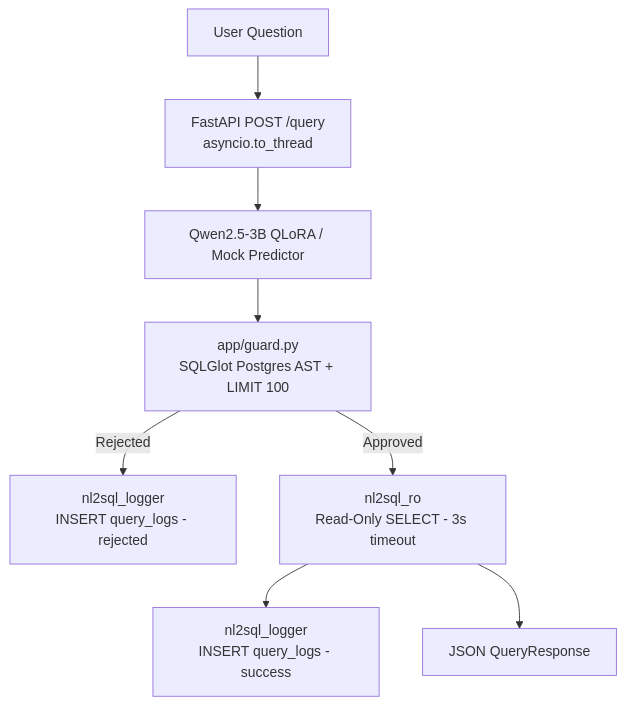
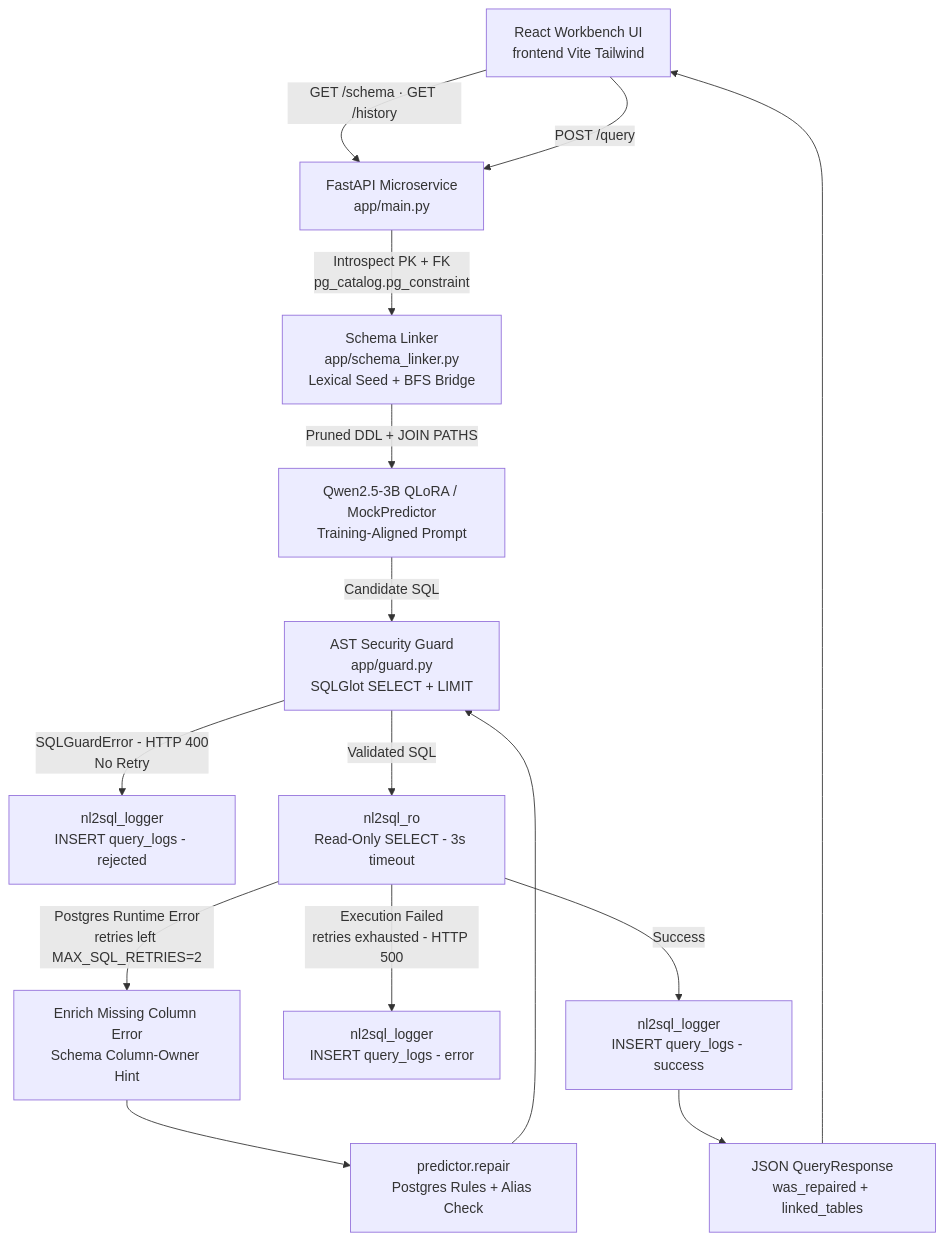
The diagram in README.md (yassinelaabidi0/nl2sql-qlora-api), drawn with Mermaid before and after one commit. The commit also changed other lines of this file, not shown here.

Commit message:
docs: update README with workbench architecture, schema linking, and self-correction

````diff
--- a/README.md
+++ b/README.md
@@ -7,10 +7,17 @@
 ```mermaid
 flowchart TD
-    Q["User Question"] --> API["FastAPI POST /query<br/>asyncio.to_thread"]
-    API --> LLM["Qwen2.5-3B QLoRA / Mock Predictor"]
-    LLM --> Guard["app/guard.py<br/>SQLGlot Postgres AST + LIMIT 100"]
-    Guard -- Rejected --> Audit["nl2sql_logger<br/>INSERT query_logs - rejected"]
-    Guard -- Approved --> RO["nl2sql_ro<br/>Read-Only SELECT - 3s timeout"]
-    RO --> AuditOK["nl2sql_logger<br/>INSERT query_logs - success"]
-    RO --> Resp["JSON QueryResponse"]
+    UI["React Workbench UI<br/>frontend Vite Tailwind"] -->|"GET /schema · GET /history"| API["FastAPI Microservice<br/>app/main.py"]
+    UI -->|"POST /query"| API
+    API -->|"Introspect PK + FK<br/>pg_catalog.pg_constraint"| Linker["Schema Linker<br/>app/schema_linker.py<br/>Lexical Seed + BFS Bridge"]
+    Linker -->|"Pruned DDL + JOIN PATHS"| LLM["Qwen2.5-3B QLoRA / MockPredictor<br/>Training-Aligned Prompt"]
+    LLM -->|"Candidate SQL"| Guard["AST Security Guard<br/>app/guard.py<br/>SQLGlot SELECT + LIMIT"]
+    Guard -->|"SQLGuardError - HTTP 400<br/>No Retry"| AuditReject["nl2sql_logger<br/>INSERT query_logs - rejected"]
+    Guard -->|"Validated SQL"| Exec["nl2sql_ro<br/>Read-Only SELECT - 3s timeout"]
+    Exec -->|"Postgres Runtime Error<br/>retries left MAX_SQL_RETRIES=2"| Hint["Enrich Missing Column Error<br/>Schema Column-Owner Hint"]
+    Hint --> Repair["predictor.repair<br/>Postgres Rules + Alias Check"]
+    Repair --> Guard
+    Exec -->|"Execution Failed<br/>retries exhausted - HTTP 500"| AuditErr["nl2sql_logger<br/>INSERT query_logs - error"]
+    Exec -->|"Success"| AuditOK["nl2sql_logger<br/>INSERT query_logs - success"]
+    AuditOK --> Resp["JSON QueryResponse<br/>was_repaired + linked_tables"]
+    Resp --> UI
 ```
````
